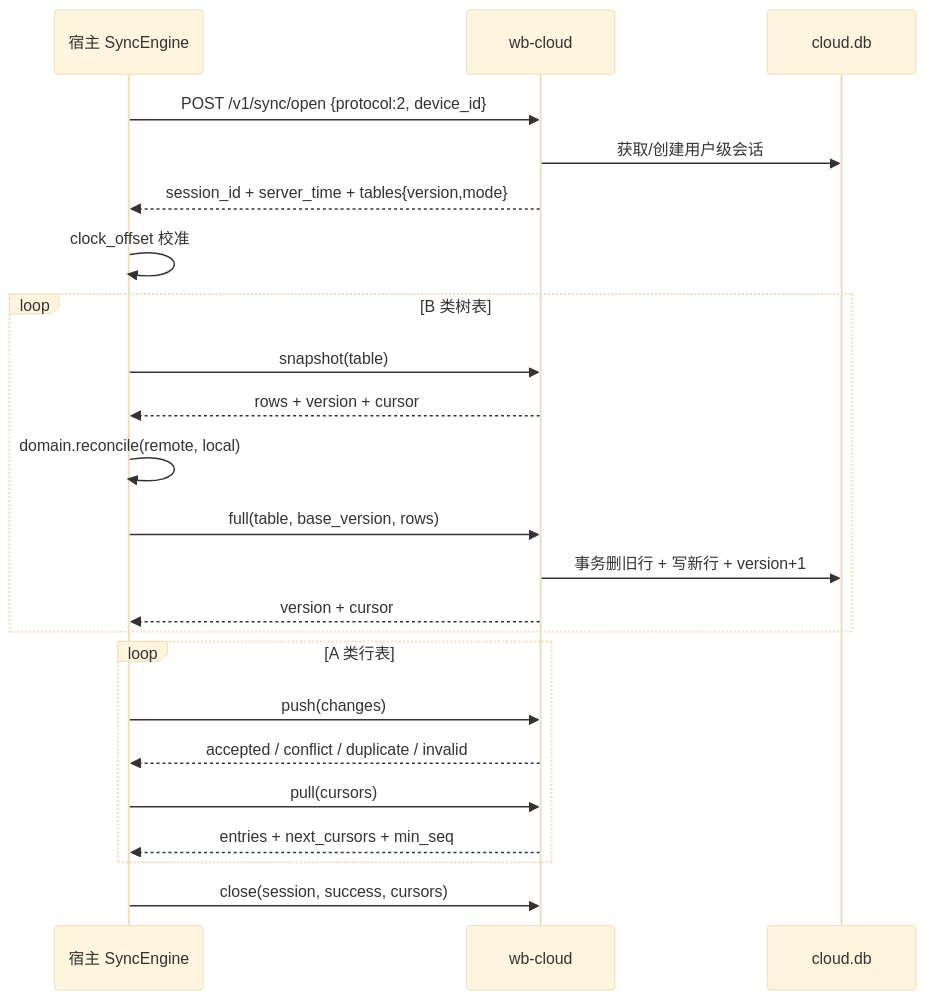
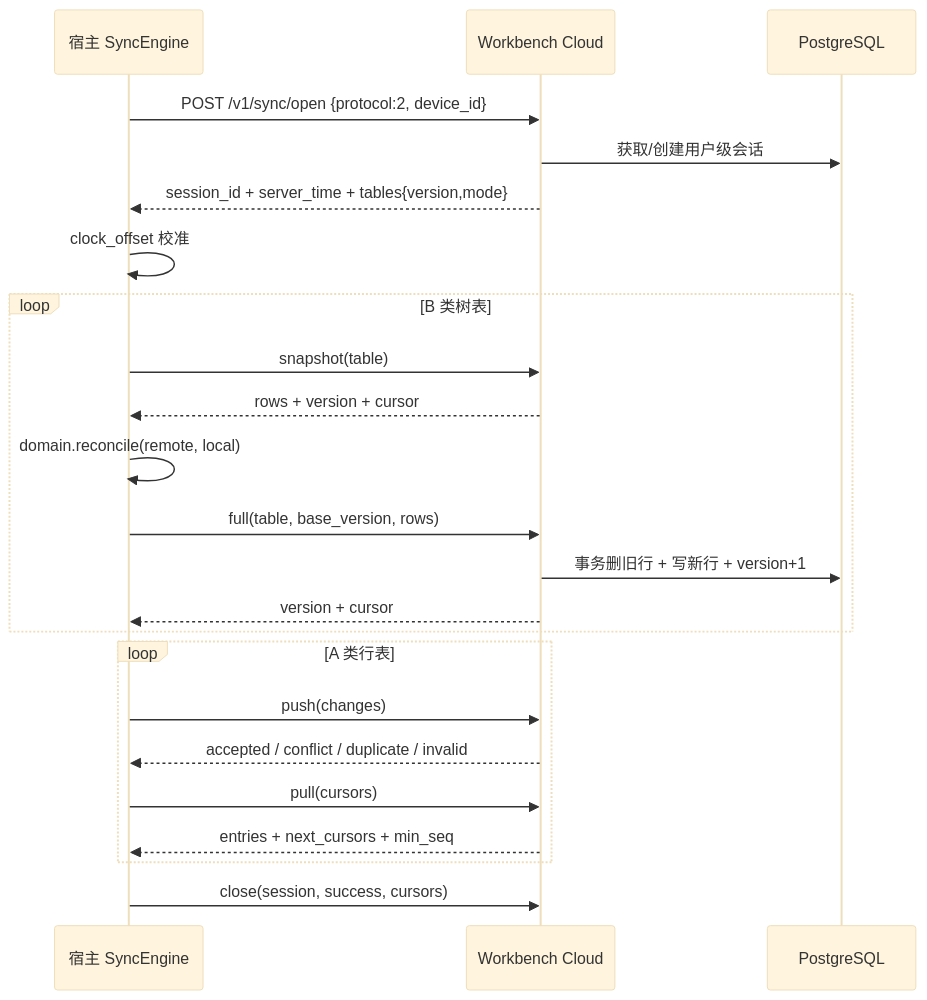
Before and after one commit to ityyq777/dsh-workbench-source: the second of 2 diagrams in docs/specs/06-云端设计.md, drawn with Mermaid (base theme). The commit also changed other lines of this file and 5 other files, not shown here.

````diff
--- a/docs/specs/06-云端设计.md
+++ b/docs/specs/06-云端设计.md
@@ -112,25 +148,25 @@
 ```mermaid
 sequenceDiagram
   participant H as 宿主 SyncEngine
-  participant C as wb-cloud
-  participant DB as cloud.db
+  participant C as Workbench Cloud
+  participant DB as PostgreSQL
   H->>C: POST /v1/sync/open {protocol:2, device_id}
   C->>DB: 获取/创建用户级会话
   C-->>H: session_id + server_time + tables{version,mode}
   H->>H: clock_offset 校准
   loop B 类树表
     H->>C: snapshot(table)
     C-->>H: rows + version + cursor
     H->>H: domain.reconcile(remote, local)
     H->>C: full(table, base_version, rows)
     C->>DB: 事务删旧行 + 写新行 + version+1
     C-->>H: version + cursor
   end
   loop A 类行表
     H->>C: push(changes)
     C-->>H: accepted / conflict / duplicate / invalid
     H->>C: pull(cursors)
     C-->>H: entries + next_cursors + min_seq
   end
   H->>C: close(session, success, cursors)
 ```
````
